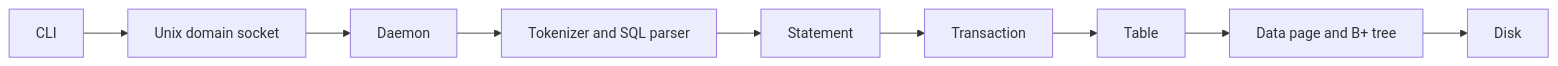
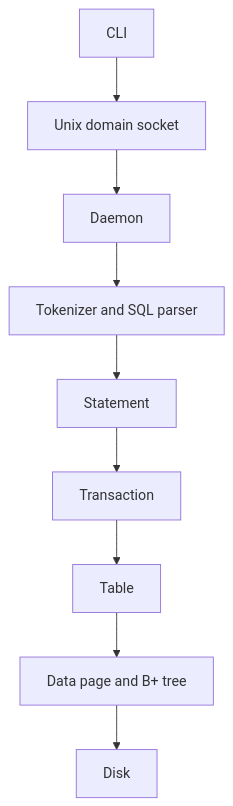
Before and after one commit to Anurag-Raut/Portfolio: the first of 3 diagrams in src/content/blog/building-andb-a-sql-database-from-scratch.mdx, drawn with Mermaid. The commit also changed other lines of this file, not shown here.

Commit message:
fix: improve ANDB blog diagrams

````diff
--- a/src/content/blog/building-andb-a-sql-database-from-scratch.mdx
+++ b/src/content/blog/building-andb-a-sql-database-from-scratch.mdx
@@ -120,11 +120,11 @@
 ```mermaid
-flowchart LR
+flowchart TD
     CLI["CLI"] --> Socket["Unix domain socket"]
     Socket --> Daemon["Daemon"]
     Daemon --> Parser["Tokenizer and SQL parser"]
     Parser --> Statement["Statement"]
     Statement --> Transaction["Transaction"]
     Transaction --> Table["Table"]
     Table --> Storage["Data page and B+ tree"]
     Storage --> Disk["Disk"]
 ```
````
